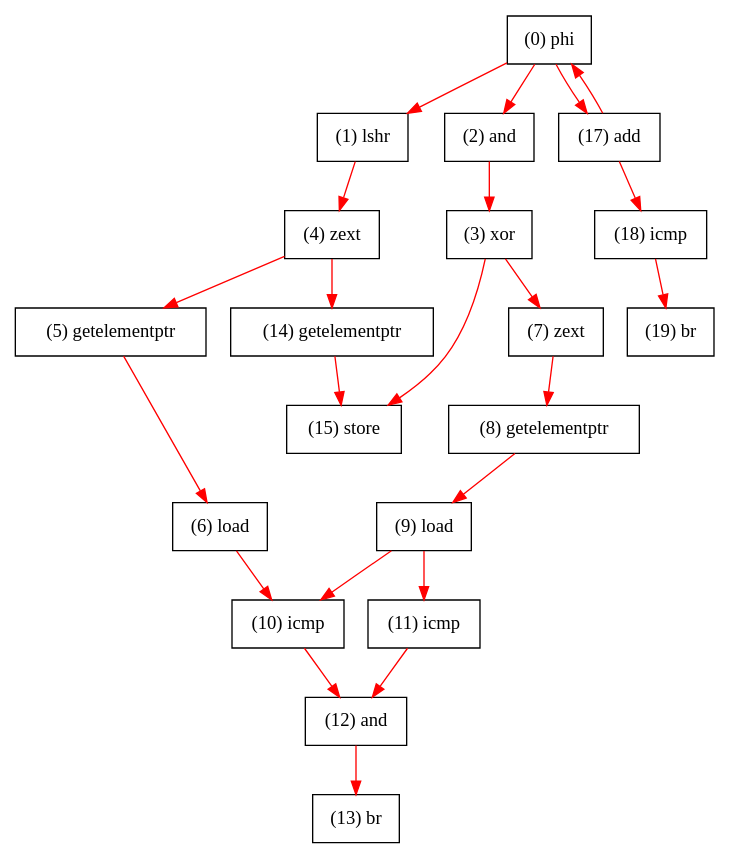
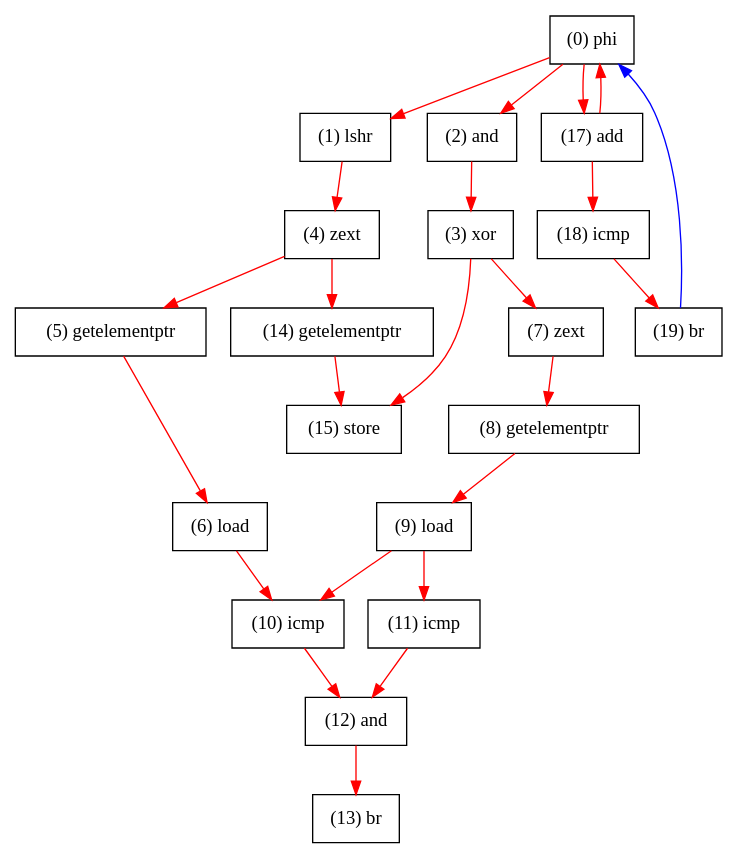
The diagram in benchmark/miniFE/reduce1/kernel_org.dot (tancheng/g-fpin), drawn with Graphviz before and after one commit. The commit also changed 34 other files, not shown here.

```diff
--- a/benchmark/miniFE/reduce1/kernel_org.dot
+++ b/benchmark/miniFE/reduce1/kernel_org.dot
@@ -1,44 +1,46 @@
 digraph "DFG for'kernel' function" {
 	Node0phi[shape=record, label="(0) phi"];
 	Node1lshr[shape=record, label="(1) lshr"];
 	Node2and[shape=record, label="(2) and"];
 	Node3xor[shape=record, label="(3) xor"];
 	Node4zext[shape=record, label="(4) zext"];
 	Node5getelementptr[shape=record, label="(5) getelementptr"];
 	Node6load[shape=record, label="(6) load"];
 	Node7zext[shape=record, label="(7) zext"];
 	Node8getelementptr[shape=record, label="(8) getelementptr"];
 	Node9load[shape=record, label="(9) load"];
 	Node10icmp[shape=record, label="(10) icmp"];
 	Node11icmp[shape=record, label="(11) icmp"];
 	Node12and[shape=record, label="(12) and"];
 	Node13br[shape=record, label="(13) br"];
 	Node14getelementptr[shape=record, label="(14) getelementptr"];
 	Node15store[shape=record, label="(15) store"];
 	Node17add[shape=record, label="(17) add"];
 	Node18icmp[shape=record, label="(18) icmp"];
 	Node19br[shape=record, label="(19) br"];
+edge [color=blue]
+	Node19br -> Node0phi
 edge [color=red]
 	Node17add -> Node0phi
 	Node0phi -> Node1lshr
 	Node0phi -> Node2and
 	Node2and -> Node3xor
 	Node1lshr -> Node4zext
 	Node4zext -> Node5getelementptr
 	Node5getelementptr -> Node6load
 	Node3xor -> Node7zext
 	Node7zext -> Node8getelementptr
 	Node8getelementptr -> Node9load
 	Node9load -> Node10icmp
 	Node6load -> Node10icmp
 	Node9load -> Node11icmp
 	Node10icmp -> Node12and
 	Node11icmp -> Node12and
 	Node12and -> Node13br
 	Node4zext -> Node14getelementptr
 	Node3xor -> Node15store
 	Node14getelementptr -> Node15store
 	Node0phi -> Node17add
 	Node17add -> Node18icmp
 	Node18icmp -> Node19br
 }
```
